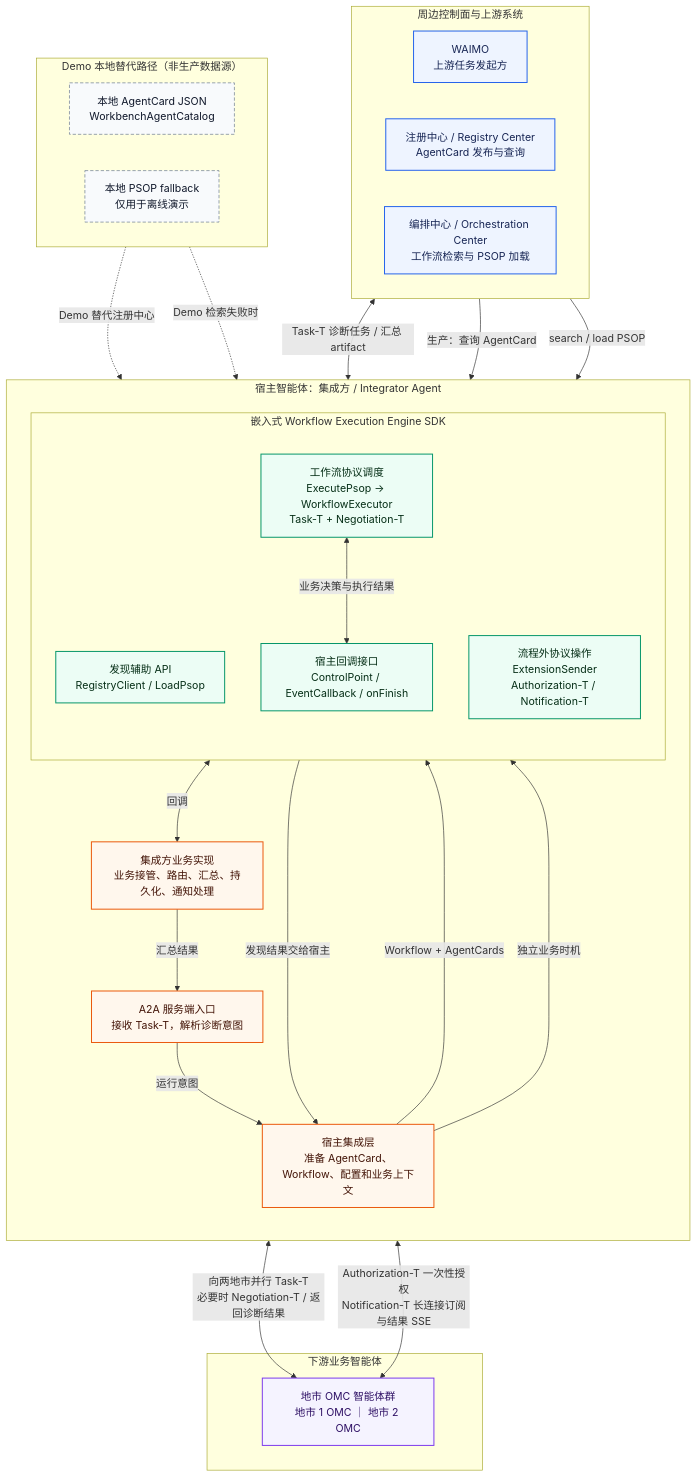
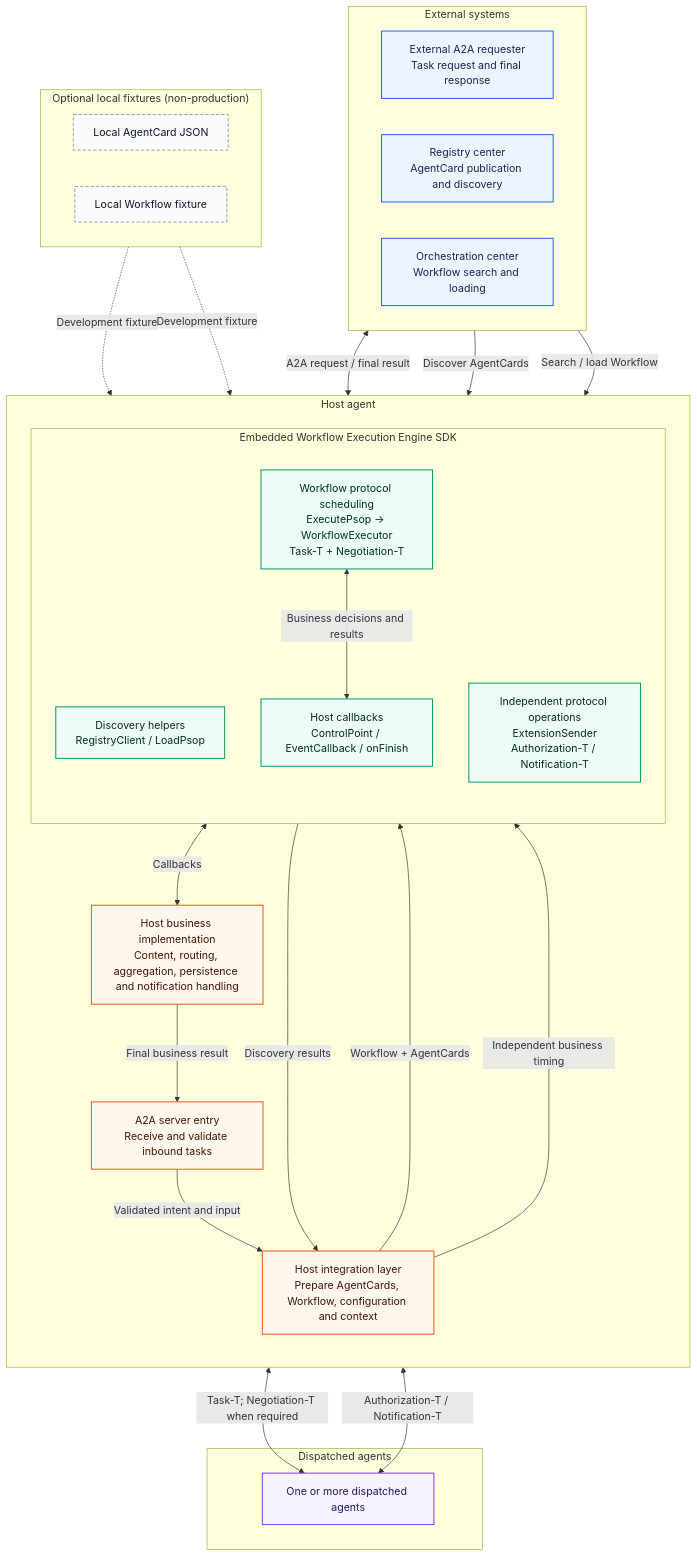
Before and after one commit to Zhoujie628/workflow-engine-sdk-java: the diagram in docs/diagrams/workflow-engine-surrounding-systems.mmd, drawn with Mermaid. The commit also changed 17 other files, not shown here.

```diff
--- a/docs/diagrams/workflow-engine-surrounding-systems.mmd
+++ b/docs/diagrams/workflow-engine-surrounding-systems.mmd
@@ -1,63 +1,63 @@
 %%{
   init: {
     "flowchart": {
       "curve": "basis",
       "nodeSpacing": 55,
       "rankSpacing": 75
     }
   }
 }%%
 flowchart TB
     classDef external fill: #EEF4FF, stroke: #2563EB, color: #172554, stroke-width: 1.5px
     classDef host fill: #FFF7ED, stroke: #EA580C, color: #431407, stroke-width: 1.5px
     classDef sdk fill: #ECFDF5, stroke: #059669, color: #052E16, stroke-width: 1.5px
     classDef local fill: #F8FAFC, stroke: #64748B, color: #0F172A, stroke-dasharray: 5 3
     classDef agent fill: #F5F3FF, stroke: #7C3AED, color: #2E1065, stroke-width: 1.5px
 
-    subgraph CONTROL["周边控制面与上游系统"]
+    subgraph CONTROL["External systems"]
         direction LR
-        WAIMO["WAIMO<br/>上游任务发起方"]:::external
-        REG["注册中心 / Registry Center<br/>AgentCard 发布与查询"]:::external
-        ORCH["编排中心 / Orchestration Center<br/>工作流检索与 PSOP 加载"]:::external
+        CALLER["External A2A requester<br/>Task request and final response"]:::external
+        REG["Registry center<br/>AgentCard publication and discovery"]:::external
+        ORCH["Orchestration center<br/>Workflow search and loading"]:::external
     end
 
-    subgraph HOST["宿主智能体：集成方 / Integrator Agent"]
+    subgraph HOST["Host agent"]
         direction TB
-        ENTRY["A2A 服务端入口<br/>接收 Task-T，解析诊断意图"]:::host
-        ADAPTER["宿主集成层<br/>准备 AgentCard、Workflow、配置和业务上下文"]:::host
+        ENTRY["A2A server entry<br/>Receive and validate inbound tasks"]:::host
+        ADAPTER["Host integration layer<br/>Prepare AgentCards, Workflow, configuration and context"]:::host
 
-        subgraph ENGINE["嵌入式 Workflow Execution Engine SDK"]
+        subgraph ENGINE["Embedded Workflow Execution Engine SDK"]
             direction TB
-            LOAD["发现辅助 API<br/>RegistryClient / LoadPsop"]:::sdk
-            RUN["工作流协议调度<br/>ExecutePsop → WorkflowExecutor<br/>Task-T + Negotiation-T"]:::sdk
-            CALLBACK["宿主回调接口<br/>ControlPoint / EventCallback / onFinish"]:::sdk
-            EXT["流程外协议操作<br/>ExtensionSender<br/>Authorization-T / Notification-T"]:::sdk
+            LOAD["Discovery helpers<br/>RegistryClient / LoadPsop"]:::sdk
+            RUN["Workflow protocol scheduling<br/>ExecutePsop → WorkflowExecutor<br/>Task-T + Negotiation-T"]:::sdk
+            CALLBACK["Host callbacks<br/>ControlPoint / EventCallback / onFinish"]:::sdk
+            EXT["Independent protocol operations<br/>ExtensionSender<br/>Authorization-T / Notification-T"]:::sdk
         end
 
-        BIZ["集成方业务实现<br/>业务接管、路由、汇总、持久化、通知处理"]:::host
+        BIZ["Host business implementation<br/>Content, routing, aggregation, persistence and notification handling"]:::host
     end
 
-    subgraph SAMPLE["Demo 本地替代路径（非生产数据源）"]
+    subgraph SAMPLE["Optional local fixtures (non-production)"]
         direction LR
-        LOCALCARD["本地 AgentCard JSON<br/>WorkbenchAgentCatalog"]:::local
-        LOCALPSOP["本地 PSOP fallback<br/>仅用于离线演示"]:::local
+        LOCALCARD["Local AgentCard JSON"]:::local
+        LOCALPSOP["Local Workflow fixture"]:::local
     end
 
-    subgraph DOWNSTREAM["下游业务智能体"]
-        OMCS["地市 OMC 智能体群<br/>地市 1 OMC ｜ 地市 2 OMC"]:::agent
+    subgraph DOWNSTREAM["Dispatched agents"]
+        AGENTS["One or more dispatched agents"]:::agent
     end
 
-    WAIMO <-->|" Task-T 诊断任务 / 汇总 artifact "| ENTRY
-    ENTRY -->|" 运行意图 "| ADAPTER
-    REG -->|" 生产：查询 AgentCard "| LOAD
-    ORCH -->|" search / load PSOP "| LOAD
-    LOCALCARD -.->|" Demo 替代注册中心 "| ADAPTER
-    LOCALPSOP -.->|" Demo 检索失败时 "| ADAPTER
-    LOAD -->|" 发现结果交给宿主 "| ADAPTER
+    CALLER <-->|"A2A request / final result"| ENTRY
+    ENTRY -->|"Validated intent and input"| ADAPTER
+    REG -->|"Discover AgentCards"| LOAD
+    ORCH -->|"Search / load Workflow"| LOAD
+    LOCALCARD -.->|"Development fixture"| ADAPTER
+    LOCALPSOP -.->|"Development fixture"| ADAPTER
+    LOAD -->|"Discovery results"| ADAPTER
     ADAPTER -->|" Workflow + AgentCards "| RUN
-    RUN <-->|" 业务决策与执行结果 "| CALLBACK
-    CALLBACK <-->|" 回调 "| BIZ
-    ADAPTER -->|" 独立业务时机 "| EXT
-    RUN <-->|" 向两地市并行 Task-T<br/>必要时 Negotiation-T / 返回诊断结果 "| OMCS
-    EXT <-->|" Authorization-T 一次性授权<br/>Notification-T 长连接订阅与结果 SSE "| OMCS
-    BIZ -->|" 汇总结果 "| ENTRY
+    RUN <-->|"Business decisions and results"| CALLBACK
+    CALLBACK <-->|"Callbacks"| BIZ
+    ADAPTER -->|"Independent business timing"| EXT
+    RUN <-->|"Task-T; Negotiation-T when required"| AGENTS
+    EXT <-->|"Authorization-T / Notification-T"| AGENTS
+    BIZ -->|"Final business result"| ENTRY
```
